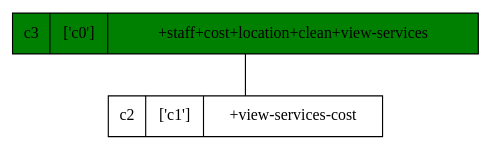
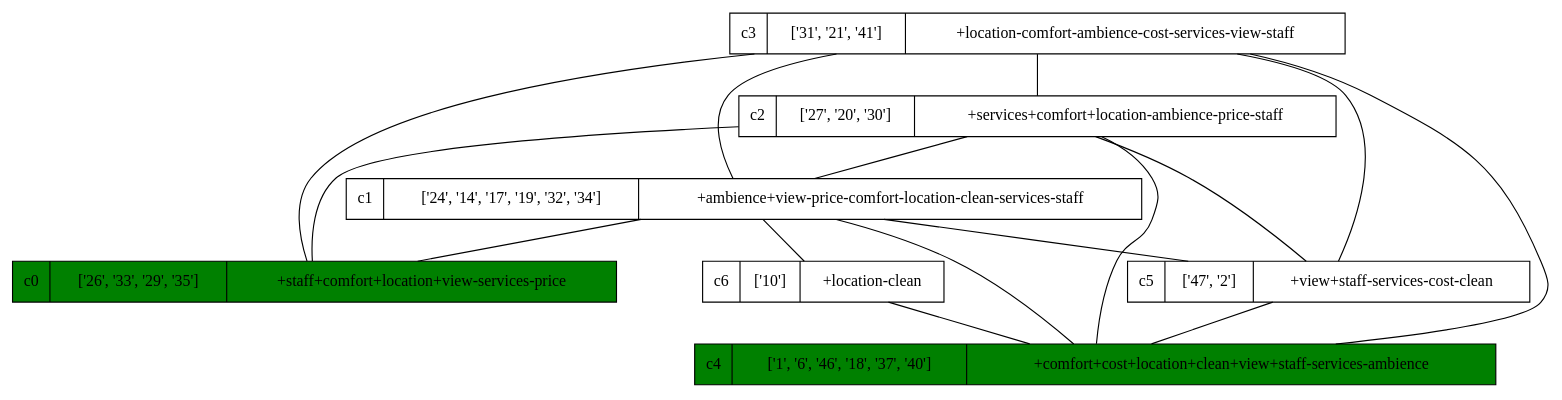
One commit to nicorotstein/juan_alberto changed the diagram in data/final_graph.dot. Above: the diagram before and after it, drawn with Graphviz. The commit also changed 17 other files, not shown here.

```diff
--- a/data/final_graph.dot
+++ b/data/final_graph.dot
@@ -1,5 +1,24 @@
 strict digraph G {
-c3 [shape=record, label="c3 | ['c0'] | +staff+cost+location+clean+view-services", style=filled, fillcolor=green];
-c2 [shape=record, label="c2 | ['c1'] | +view-services-cost"];
+c3 [shape=record, label="c3 | ['31', '21', '41'] | +location-comfort-ambience-cost-services-view-staff"];
+c2 [shape=record, label="c2 | ['27', '20', '30'] | +services+comfort+location-ambience-price-staff"];
+c1 [shape=record, label="c1 | ['24', '14', '17', '19', '32', '34'] | +ambience+view-price-comfort-location-clean-services-staff"];
+c0 [shape=record, label="c0 | ['26', '33', '29', '35'] | +staff+comfort+location+view-services-price", style=filled, fillcolor=green];
+c6 [shape=record, label="c6 | ['10'] | +location-clean"];
+c5 [shape=record, label="c5 | ['47', '2'] | +view+staff-services-cost-clean"];
+c4 [shape=record, label="c4 | ['1', '6', '46', '18', '37', '40'] | +comfort+cost+location+clean+view+staff-services-ambience", style=filled, fillcolor=green];
 c3 -> c2  [dir=none];
+c3 -> c1  [dir=none];
+c3 -> c0  [dir=none];
+c3 -> c5  [dir=none];
+c3 -> c4  [dir=none];
+c2 -> c1  [dir=none];
+c2 -> c0  [dir=none];
+c2 -> c5  [dir=none];
+c2 -> c4  [dir=none];
+c1 -> c0  [dir=none];
+c1 -> c6  [dir=none];
+c1 -> c5  [dir=none];
+c1 -> c4  [dir=none];
+c6 -> c4  [dir=none];
+c5 -> c4  [dir=none];
 }
```
